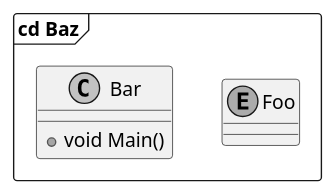
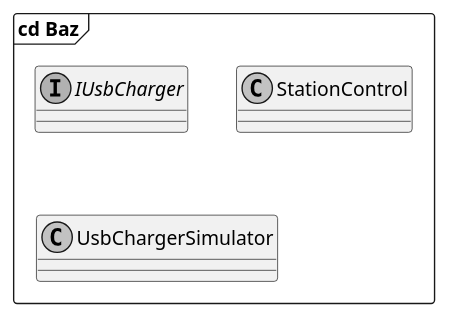
One commit to Yoda92/Aflevering2 changed the diagram in UML/cd.wsd. Above: the diagram before and after it, drawn with PlantUML. The commit also changed 4 other files, not shown here.

```diff
--- a/UML/cd.wsd
+++ b/UML/cd.wsd
@@ -1,17 +1,21 @@
 @startuml
 skinparam linetype ortho
 skinparam monochrome true
 skinparam shadowing false
 
 frame "cd Baz" {
 
-enum Foo {
+interface IUsbCharger {
+    
+}
+
+class StationControl {
 
 }
 
-class Bar {
-    + void Main()
+class UsbChargerSimulator {
+    
 }
 
 }
 @enduml
```
